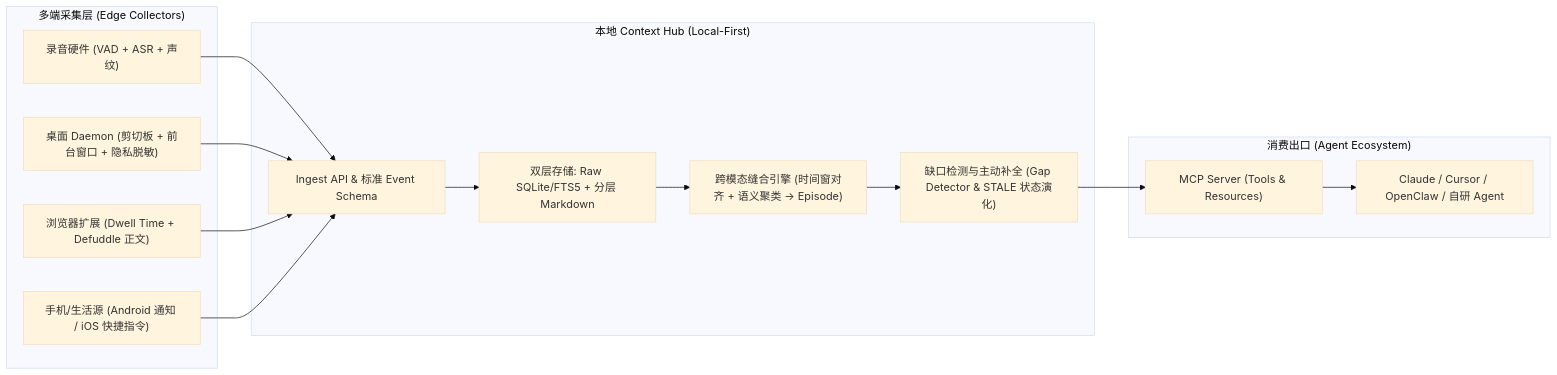
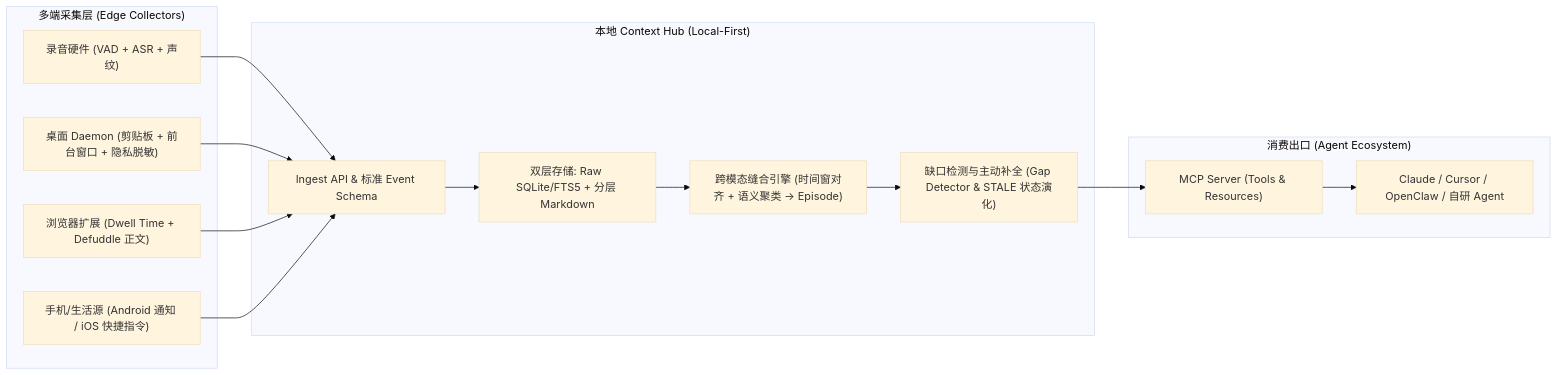
Before and after one commit to BENZEMA216/context-instrumentality-project: the diagram in docs/research/landscape.md, drawn with Mermaid (base theme). The commit also changed other lines of this file and 7 other files, not shown here.

````diff
--- a/docs/research/landscape.md
+++ b/docs/research/landscape.md
@@ -113,31 +97,31 @@
 ```mermaid
 flowchart LR
     subgraph Collectors["多端采集层 (Edge Collectors)"]
         A["录音硬件 (VAD + ASR + 声纹)"]
-        B["桌面 Daemon (剪切板 + 前台窗口 + 隐私脱敏)"]
+        B["桌面 Daemon (剪贴板 + 前台窗口 + 隐私脱敏)"]
         C["浏览器扩展 (Dwell Time + Defuddle 正文)"]
         D["手机/生活源 (Android 通知 / iOS 快捷指令)"]
     end
 
     subgraph Hub["本地 Context Hub (Local-First)"]
         E["Ingest API & 标准 Event Schema"]
         F["双层存储: Raw SQLite/FTS5 + 分层 Markdown"]
         G["跨模态缝合引擎 (时间窗对齐 + 语义聚类 -> Episode)"]
         H["缺口检测与主动补全 (Gap Detector & STALE 状态演化)"]
     end
 
     subgraph Consumers["消费出口 (Agent Ecosystem)"]
         I["MCP Server (Tools & Resources)"]
         J["Claude / Cursor / OpenClaw / 自研 Agent"]
     end
 
     A --> E
     B --> E
     C --> E
     D --> E
     E --> F
     F --> G
     G --> H
     H --> I
     I --> J
 ```
````
